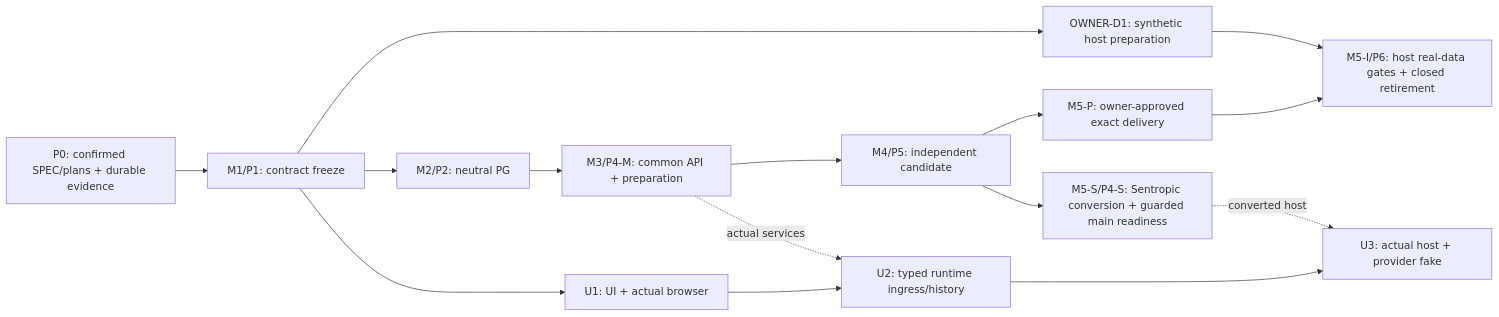
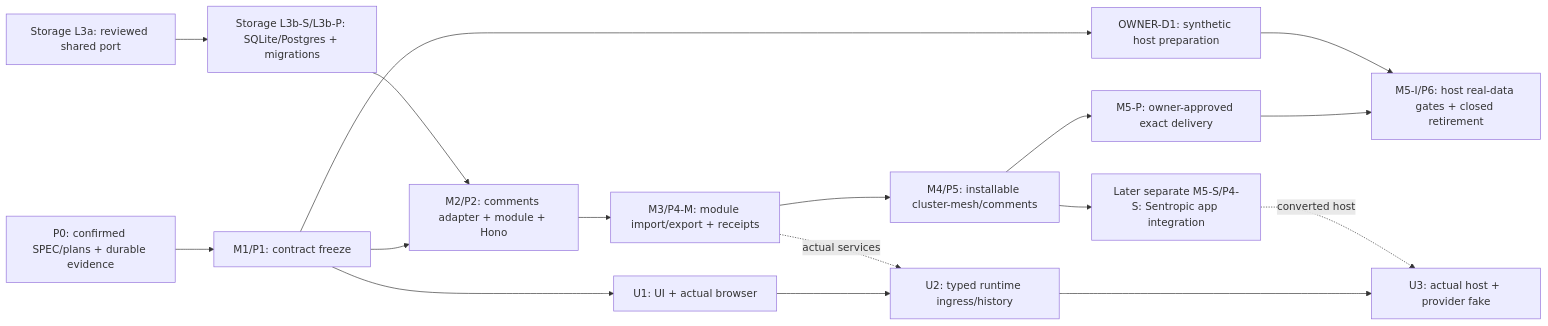
Before and after one commit to rhanka/sentropic: the diagram in docs/comments-annotations/plan/PLAN_COMMENTS_ANNOTATIONS.md, drawn with Mermaid. The commit also changed other lines of this file and 1 other file, not shown here.

Commit message:
docs: align comments delivery plan and handoff with cluster-mesh storage port

````diff
--- a/docs/comments-annotations/plan/PLAN_COMMENTS_ANNOTATIONS.md
+++ b/docs/comments-annotations/plan/PLAN_COMMENTS_ANNOTATIONS.md
@@ -101,17 +103,19 @@
 ```mermaid
 flowchart LR
     P0["P0: confirmed SPEC/plans + durable evidence"] --> M1["M1/P1: contract freeze"]
-    M1 --> M2["M2/P2: neutral PG"]
-    M2 --> M3["M3/P4-M: common API + preparation"]
-    M3 --> M4["M4/P5: independent candidate"]
+    M1 --> M2["M2/P2: comments adapter + module + Hono"]
+    L3A["Storage L3a: reviewed shared port"] --> L3B["Storage L3b-S/L3b-P: SQLite/Postgres + migrations"]
+    L3B --> M2
+    M2 --> M3["M3/P4-M: module import/export + receipts"]
+    M3 --> M4["M4/P5: installable cluster-mesh/comments"]
     M4 --> MP["M5-P: owner-approved exact delivery"]
     MP --> MI["M5-I/P6: host real-data gates + closed retirement"]
     M1 --> HP["OWNER-D1: synthetic host preparation"]
     HP --> MI
-    M4 --> MS["M5-S/P4-S: Sentropic conversion + guarded main readiness"]
+    M4 --> MS["Later separate M5-S/P4-S: Sentropic app integration"]
     M1 --> U1["U1: UI + actual browser"]
     U1 --> U2["U2: typed runtime ingress/history"]
     M3 -. "actual services" .-> U2
     U2 --> U3["U3: actual host + provider fake"]
     MS -. "converted host" .-> U3
 ```
````
